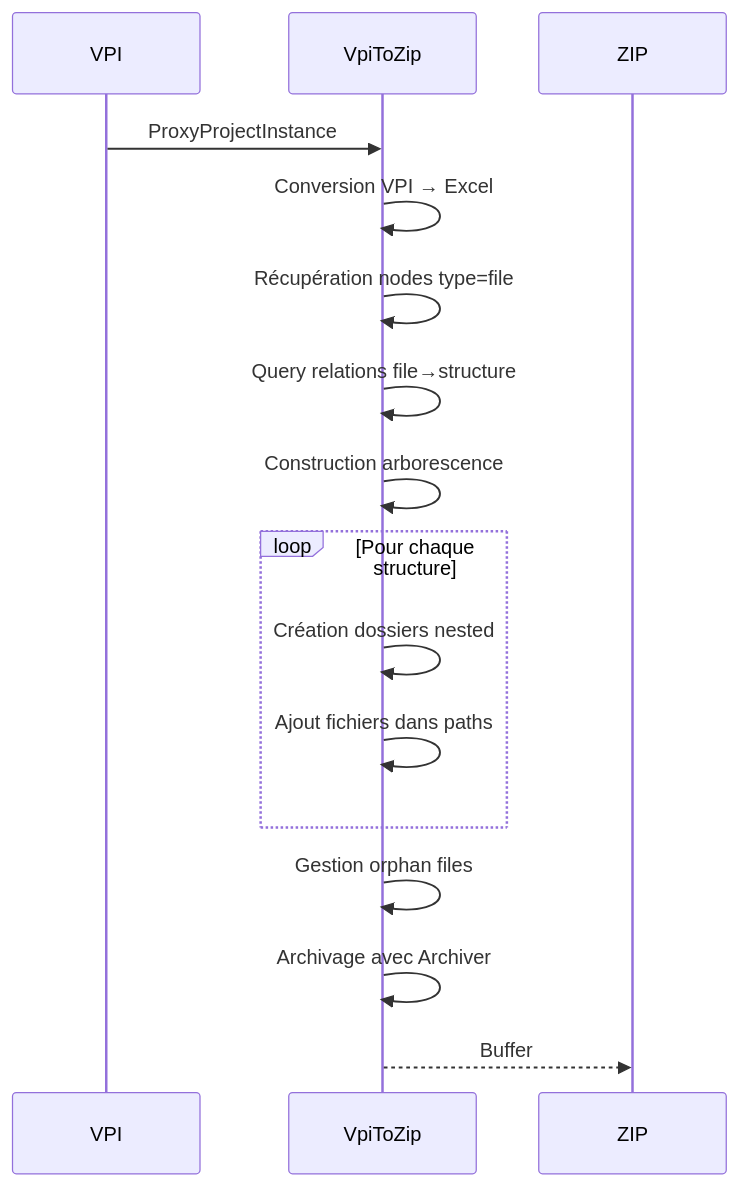
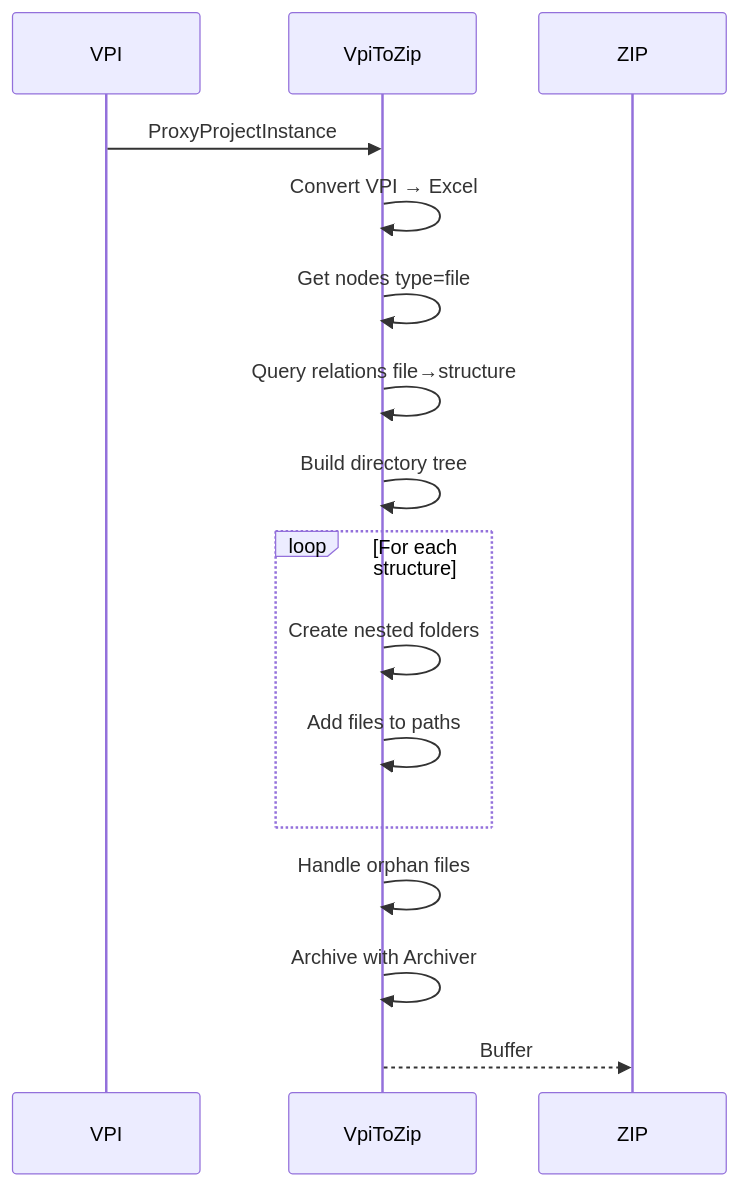
The sixth of 13 diagrams in vnv-doc-content/blog/posts/Validation procedures.md (infrasoftbe/vnv-doc), drawn with Mermaid before and after one commit. The commit also changed other lines of this file and 9 other files, not shown here.

````diff
--- a/vnv-doc-content/blog/posts/Validation procedures.md
+++ b/vnv-doc-content/blog/posts/Validation procedures.md
@@ -247,22 +247,22 @@
 ```mermaid
 sequenceDiagram
     participant VPI
     participant Parser as VpiToZip
     participant ZIP
 
     VPI->>Parser: ProxyProjectInstance
-    Parser->>Parser: Conversion VPI → Excel
-    Parser->>Parser: Récupération nodes type=file
+    Parser->>Parser: Convert VPI → Excel
+    Parser->>Parser: Get nodes type=file
     Parser->>Parser: Query relations file→structure
-    Parser->>Parser: Construction arborescence
+    Parser->>Parser: Build directory tree
     
-    loop Pour chaque structure
-        Parser->>Parser: Création dossiers nested
-        Parser->>Parser: Ajout fichiers dans paths
+    loop For each structure
+        Parser->>Parser: Create nested folders
+        Parser->>Parser: Add files to paths
     end
     
-    Parser->>Parser: Gestion orphan files
-    Parser->>Parser: Archivage avec Archiver
+    Parser->>Parser: Handle orphan files
+    Parser->>Parser: Archive with Archiver
     
     Parser-->>ZIP: Buffer
 ```
````
